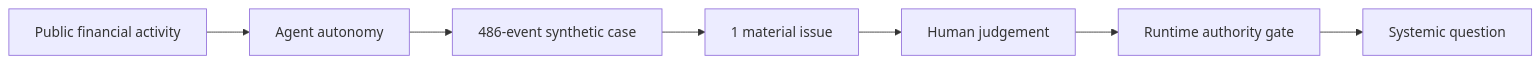
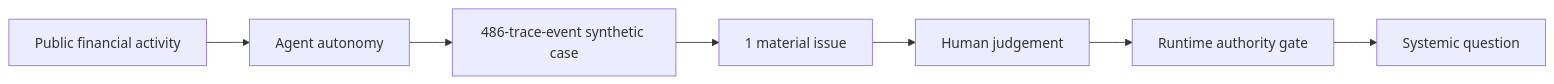
The diagram in README.md (Discoverist1010/ghost), drawn with Mermaid before and after one commit. The commit also changed other lines of this file and 13 other files, not shown here.

````diff
--- a/README.md
+++ b/README.md
@@ -11,9 +11,9 @@
 ```mermaid
 flowchart LR
   A[Public financial activity] --> B[Agent autonomy]
-  B --> C[486-event synthetic case]
+  B --> C[486-trace-event synthetic case]
   C --> D[1 material issue]
   D --> E[Human judgement]
   E --> F[Runtime authority gate]
   F --> G[Systemic question]
 ```
````
